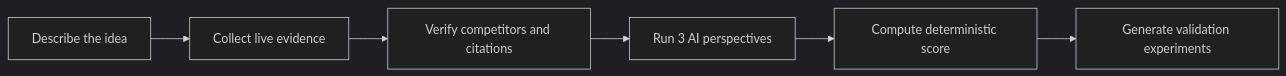
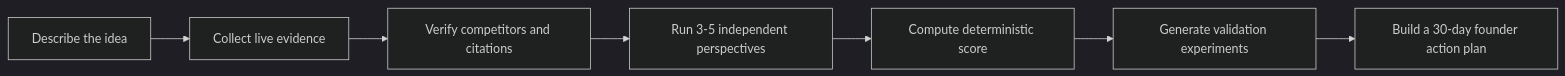
The diagram in README.md (ramizz1/assumption-zero), drawn with Mermaid (dark theme) before and after one commit. The commit also changed other lines of this file and 33 other files, not shown here.

````diff
--- a/README.md
+++ b/README.md
@@ -60,8 +63,9 @@
 ```mermaid
 flowchart LR
     A[Describe the idea] --> B[Collect live evidence]
     B --> C[Verify competitors and citations]
-    C --> D[Run 3 AI perspectives]
+    C --> D[Run 3-5 independent perspectives]
     D --> E[Compute deterministic score]
     E --> F[Generate validation experiments]
+    F --> G[Build a 30-day founder action plan]
 ```
````
